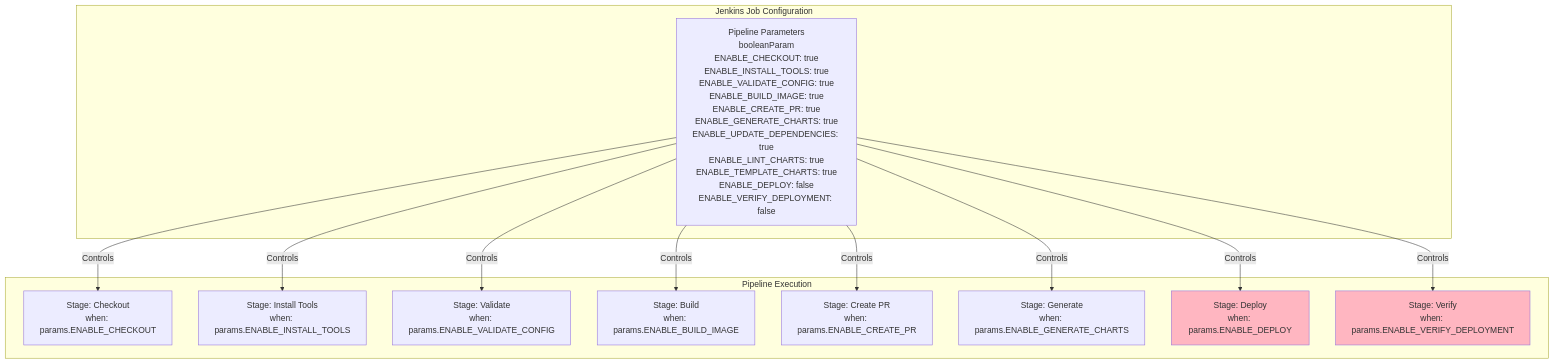
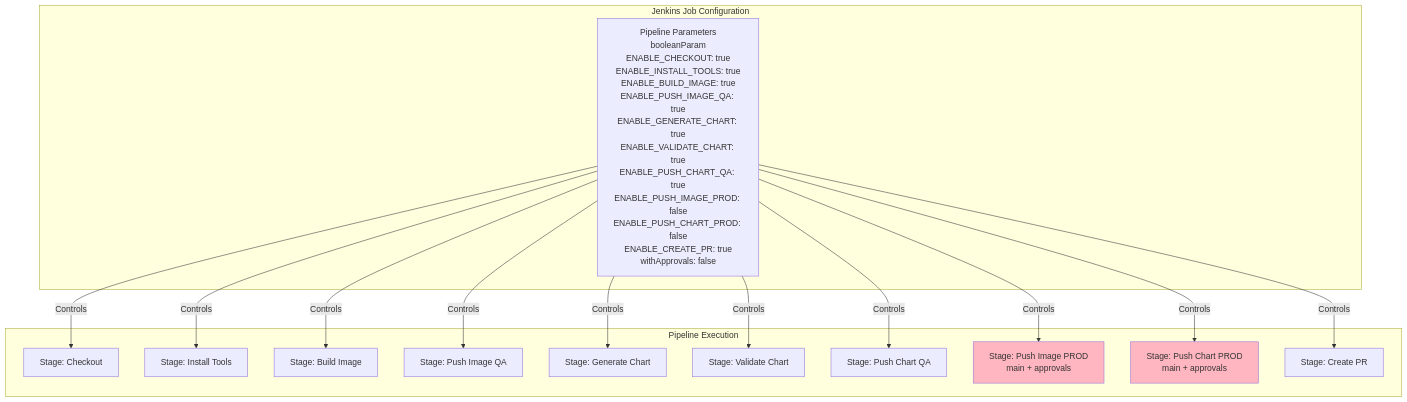
One commit to caretak3r/helm-factory changed the tenth of 11 diagrams in ADR.md. Above: the diagram before and after it, drawn with Mermaid. The commit also changed other lines of this file and 1 other file, not shown here.

````diff
--- a/ADR.md
+++ b/ADR.md
@@ -968,29 +976,33 @@
 ```mermaid
 graph TB
     subgraph "Jenkins Job Configuration"
-        PARAMS[Pipeline Parameters<br/>booleanParam<br/>ENABLE_CHECKOUT: true<br/>ENABLE_INSTALL_TOOLS: true<br/>ENABLE_VALIDATE_CONFIG: true<br/>ENABLE_BUILD_IMAGE: true<br/>ENABLE_CREATE_PR: true<br/>ENABLE_GENERATE_CHARTS: true<br/>ENABLE_UPDATE_DEPENDENCIES: true<br/>ENABLE_LINT_CHARTS: true<br/>ENABLE_TEMPLATE_CHARTS: true<br/>ENABLE_DEPLOY: false<br/>ENABLE_VERIFY_DEPLOYMENT: false]
+        PARAMS[Pipeline Parameters<br/>booleanParam<br/>ENABLE_CHECKOUT: true<br/>ENABLE_INSTALL_TOOLS: true<br/>ENABLE_BUILD_IMAGE: true<br/>ENABLE_PUSH_IMAGE_QA: true<br/>ENABLE_GENERATE_CHART: true<br/>ENABLE_VALIDATE_CHART: true<br/>ENABLE_PUSH_CHART_QA: true<br/>ENABLE_PUSH_IMAGE_PROD: false<br/>ENABLE_PUSH_CHART_PROD: false<br/>ENABLE_CREATE_PR: true<br/>withApprovals: false]
     end
     
     subgraph "Pipeline Execution"
-        S1[Stage: Checkout<br/>when: params.ENABLE_CHECKOUT]
-        S2[Stage: Install Tools<br/>when: params.ENABLE_INSTALL_TOOLS]
-        S3[Stage: Validate<br/>when: params.ENABLE_VALIDATE_CONFIG]
-        S4[Stage: Build<br/>when: params.ENABLE_BUILD_IMAGE]
-        S5[Stage: Create PR<br/>when: params.ENABLE_CREATE_PR]
-        S6[Stage: Generate<br/>when: params.ENABLE_GENERATE_CHARTS]
-        S7[Stage: Deploy<br/>when: params.ENABLE_DEPLOY]
-        S8[Stage: Verify<br/>when: params.ENABLE_VERIFY_DEPLOYMENT]
+        S1[Stage: Checkout]
+        S2[Stage: Install Tools]
+        S3[Stage: Build Image]
+        S4[Stage: Push Image QA]
+        S5[Stage: Generate Chart]
+        S6[Stage: Validate Chart]
+        S7[Stage: Push Chart QA]
+        S8[Stage: Push Image PROD<br/>main + approvals]
+        S9[Stage: Push Chart PROD<br/>main + approvals]
+        S10[Stage: Create PR]
     end
     
     PARAMS -->|Controls| S1
     PARAMS -->|Controls| S2
     PARAMS -->|Controls| S3
     PARAMS -->|Controls| S4
     PARAMS -->|Controls| S5
     PARAMS -->|Controls| S6
     PARAMS -->|Controls| S7
     PARAMS -->|Controls| S8
+    PARAMS -->|Controls| S9
+    PARAMS -->|Controls| S10
     
-    style S7 fill:#FFB6C1
     style S8 fill:#FFB6C1
+    style S9 fill:#FFB6C1
 ```
````
